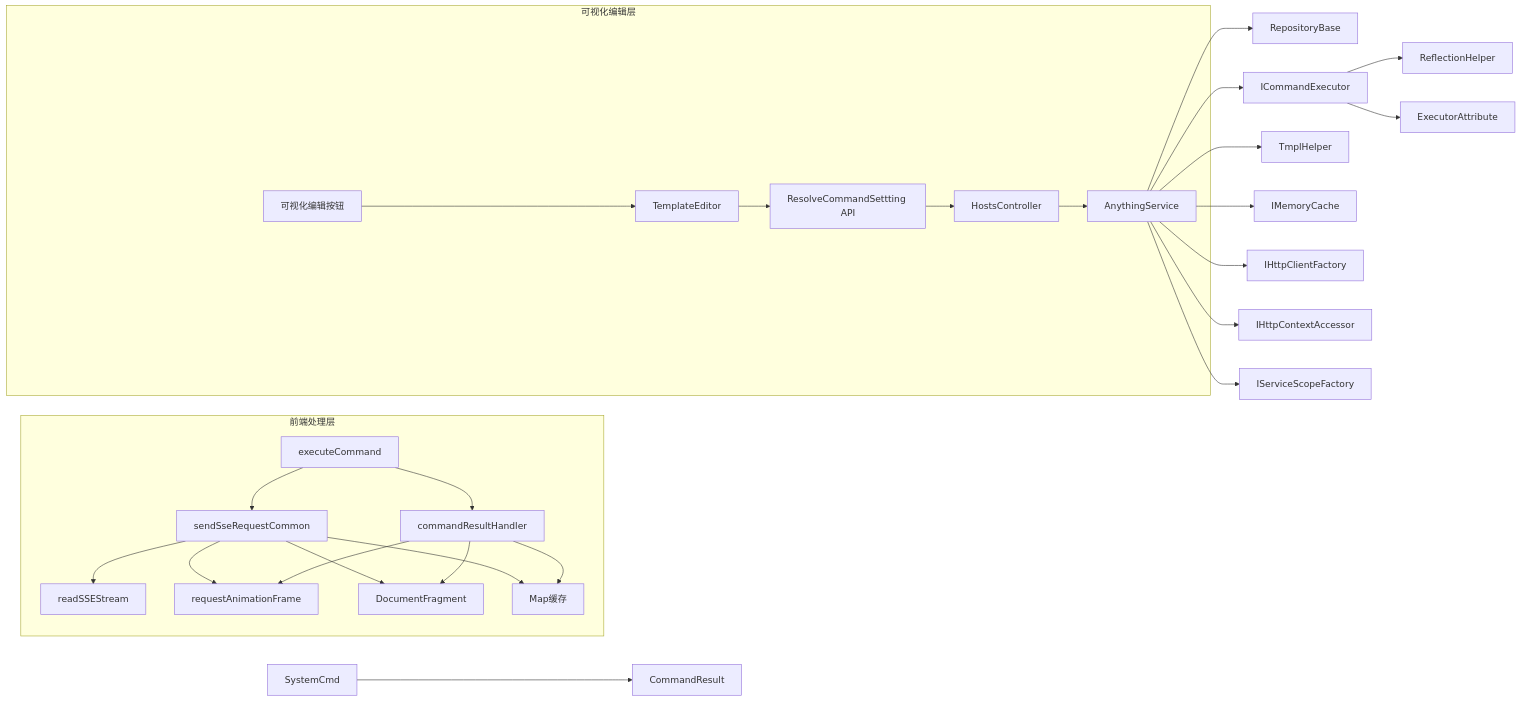
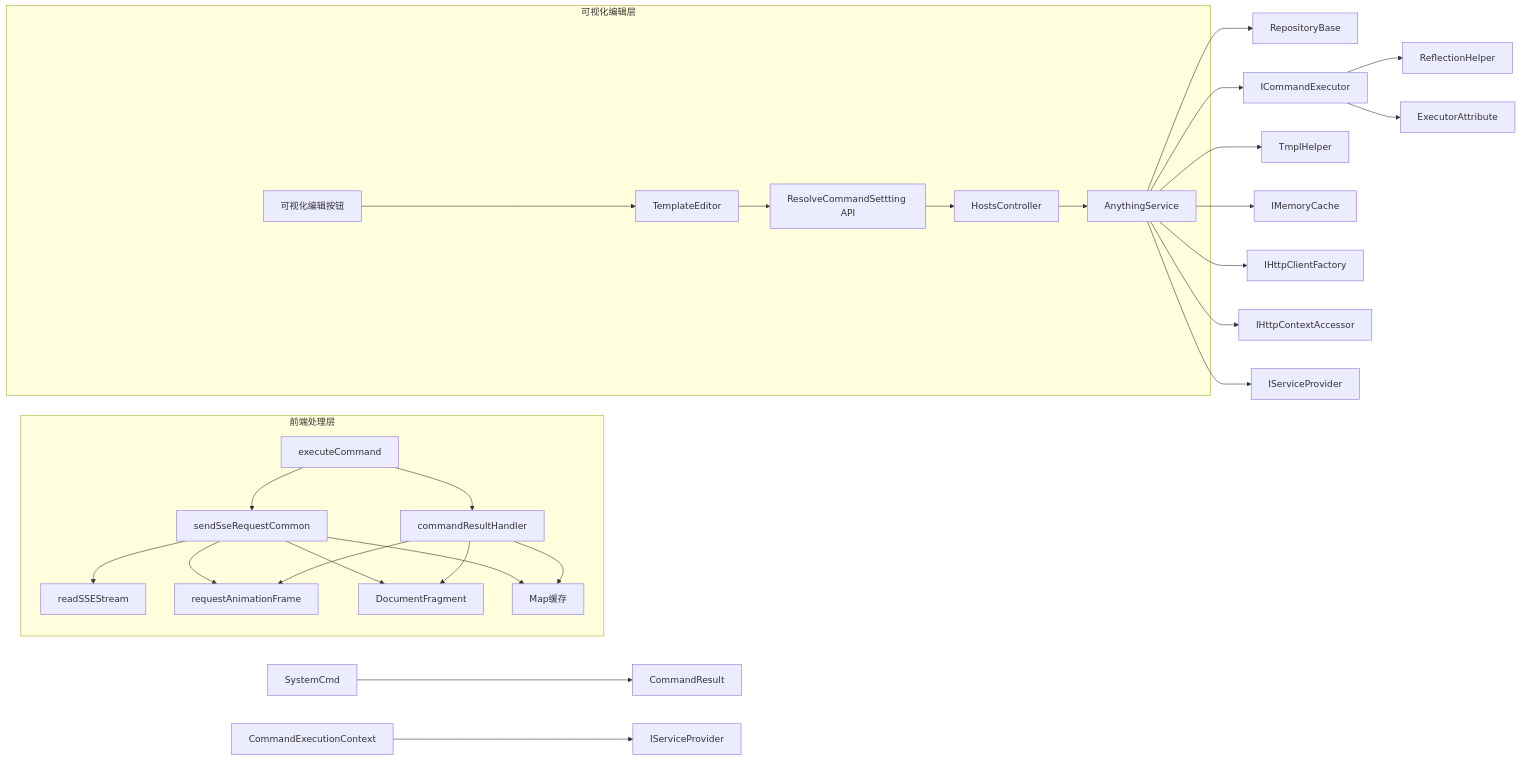
One commit to Sosososolong/AirGo changed the tenth of 10 diagrams in .qoder/repowiki/zh/content/项目概述/核心特性/远程主机管理/命令执行器系统.md. Above: the diagram before and after it, drawn with Mermaid. The commit also changed other lines of this file and 7 other files, not shown here.

Commit message:
refactor: 命令支持执行上下文CommandExecutionContext, FileHelper使用Razor模板引擎时, Razor模型可以使用环境变量, 无需命令内容中重复定义一遍环境变量给Razor引擎使用

````diff
--- a/.qoder/repowiki/zh/content/项目概述/核心特性/远程主机管理/命令执行器系统.md
+++ b/.qoder/repowiki/zh/content/项目概述/核心特性/远程主机管理/命令执行器系统.md
@@ -976,30 +1027,31 @@
 ```mermaid
 graph LR
 AS["AnythingService"] --> Repo["RepositoryBase<T>"]
 AS --> ICE["ICommandExecutor"]
 AS --> Tmpl["TmplHelper"]
 AS --> Cache["IMemoryCache"]
 AS --> HTTP["IHttpClientFactory"]
 AS --> Ctx["IHttpContextAccessor"]
-AS --> Scope["IServiceScopeFactory"]
+AS --> Scope["IServiceProvider"]
 ICE --> RH["ReflectionHelper"]
 ICE --> EA["ExecutorAttribute"]
 SYS["SystemCmd"] --> CR["CommandResult"]
+CEC["CommandExecutionContext"] --> SP["IServiceProvider"]
 subgraph "前端处理层"
 EXECCMD["executeCommand"] --> SSERC["sendSseRequestCommon"]
 SSERC --> READSSE["readSSEStream"]
 SSERC --> RAF["requestAnimationFrame"]
 SSERC --> DF["DocumentFragment"]
 SSERC --> CACHE["Map缓存"]
 EXECCMD --> CRH["commandResultHandler"]
 CRH --> RAF
 CRH --> DF
 CRH --> CACHE
 end
 subgraph "可视化编辑层"
 VEBTN["可视化编辑按钮"] --> TE["TemplateEditor"]
 TE --> RESOLVE["ResolveCommandSettting API"]
 RESOLVE --> HC["HostsController"]
 HC --> AS
 end
 ```
````
